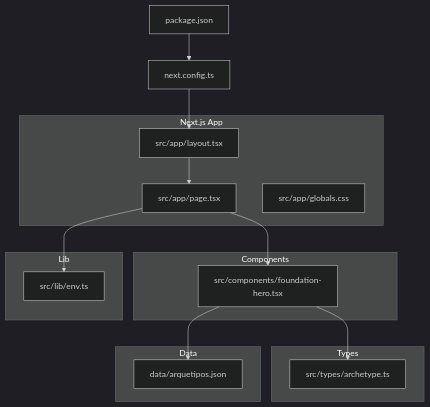
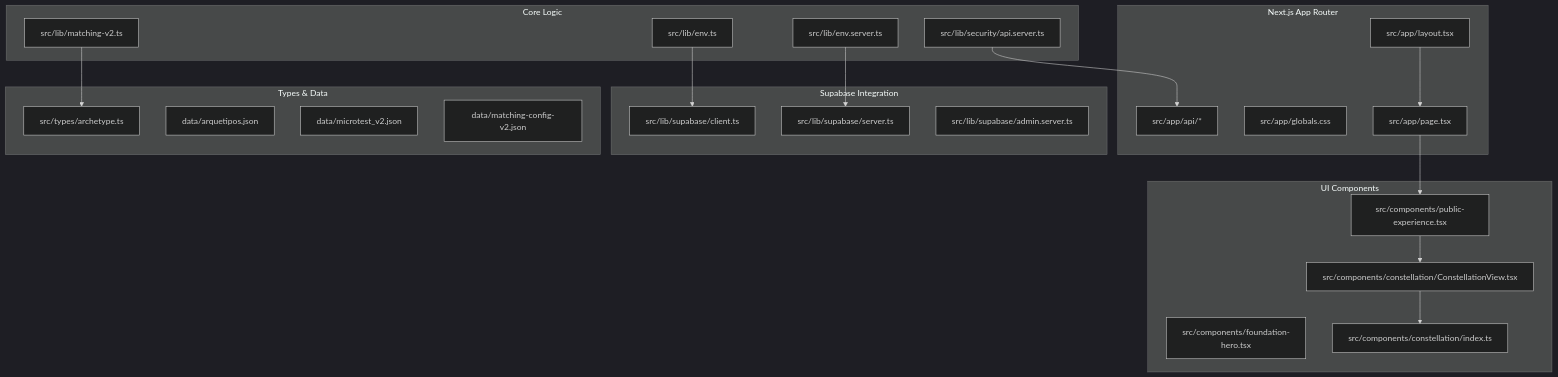
Before and after one commit to AmeliaDi/ProyectoENESZooMatch: the first of 8 diagrams in .qoder/repowiki/en/content/Architecture Overview/Architecture Overview.md, drawn with Mermaid (dark theme). The commit also changed other lines of this file and 50 other files, not shown here.

````diff
--- a/.qoder/repowiki/en/content/Architecture Overview/Architecture Overview.md
+++ b/.qoder/repowiki/en/content/Architecture Overview/Architecture Overview.md
@@ -40,29 +65,40 @@
 ```mermaid
 graph TB
-subgraph "Next.js App"
+subgraph "Next.js App Router"
 A["src/app/layout.tsx"]
 B["src/app/page.tsx"]
 C["src/app/globals.css"]
+D["src/app/api/*"]
 end
-subgraph "Components"
-D["src/components/foundation-hero.tsx"]
+subgraph "UI Components"
+E["src/components/public-experience.tsx"]
+F["src/components/foundation-hero.tsx"]
+G["src/components/constellation/ConstellationView.tsx"]
+H["src/components/constellation/index.ts"]
 end
-subgraph "Types"
-E["src/types/archetype.ts"]
+subgraph "Core Logic"
+I["src/lib/matching-v2.ts"]
+J["src/lib/env.ts"]
+K["src/lib/env.server.ts"]
+L["src/lib/security/api.server.ts"]
 end
-subgraph "Lib"
-F["src/lib/env.ts"]
+subgraph "Supabase Integration"
+M["src/lib/supabase/client.ts"]
+N["src/lib/supabase/server.ts"]
+O["src/lib/supabase/admin.server.ts"]
 end
-subgraph "Data"
-G["data/arquetipos.json"]
+subgraph "Types & Data"
+P["src/types/archetype.ts"]
+Q["data/arquetipos.json"]
+R["data/microtest_v2.json"]
+S["data/matching-config-v2.json"]
 end
-H["next.config.ts"]
-I["package.json"]
 A --> B
-B --> D
-D --> E
-B --> F
-D --> G
-H --> A
-I --> H
+B --> E
+E --> G
+G --> H
+I --> P
+J --> M
+K --> N
+L --> D
 ```
````
